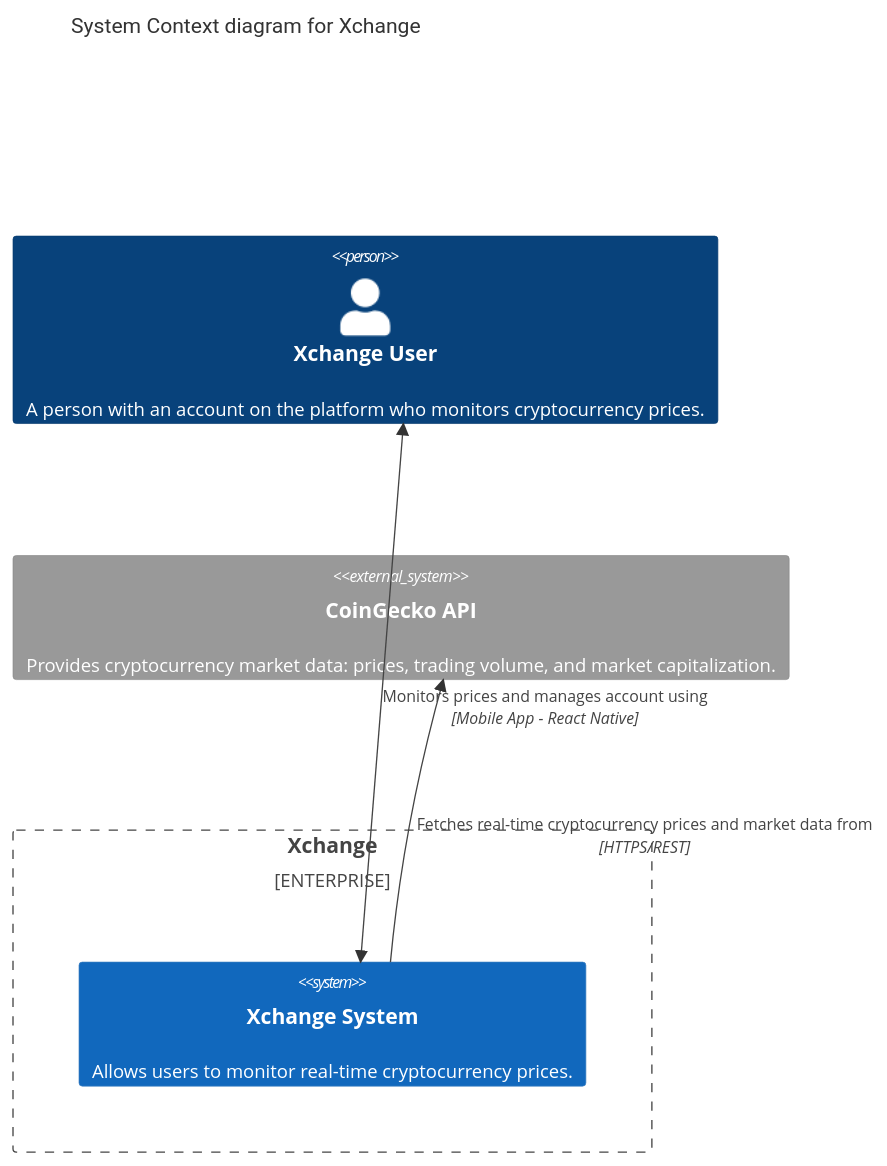
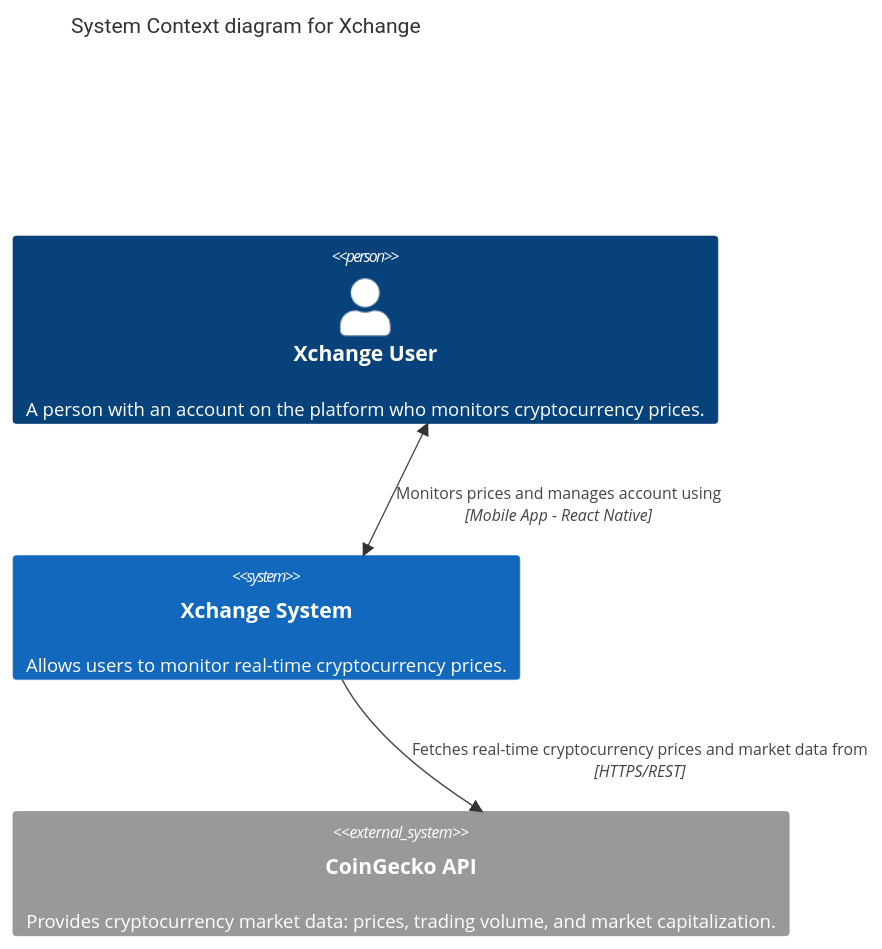
Before and after one commit to zielisgabriel/xchange: the diagram in docs/xchange-context.md, drawn with Mermaid.

Commit message:
docs: remove unnecessary enterprise boundary from C4 context diagram

````diff
--- a/docs/xchange-context.md
+++ b/docs/xchange-context.md
@@ -3,15 +3,13 @@
 ```mermaid
 C4Context
   title System Context diagram for Xchange
 
   Person(user, "Xchange User", "A person with an account on the platform who monitors cryptocurrency prices.")
 
-  Enterprise_Boundary(b1, "Xchange") {
-    System(xchangeSystem, "Xchange System", "Allows users to monitor real-time cryptocurrency prices.")
-  }
+  System(xchangeSystem, "Xchange System", "Allows users to monitor real-time cryptocurrency prices.")
 
   System_Ext(coingeckoApi, "CoinGecko API", "Provides cryptocurrency market data: prices, trading volume, and market capitalization.")
 
   BiRel(user, xchangeSystem, "Monitors prices and manages account using", "Mobile App - React Native")
   Rel(xchangeSystem, coingeckoApi, "Fetches real-time cryptocurrency prices and market data from", "HTTPS/REST")
 ```
````
